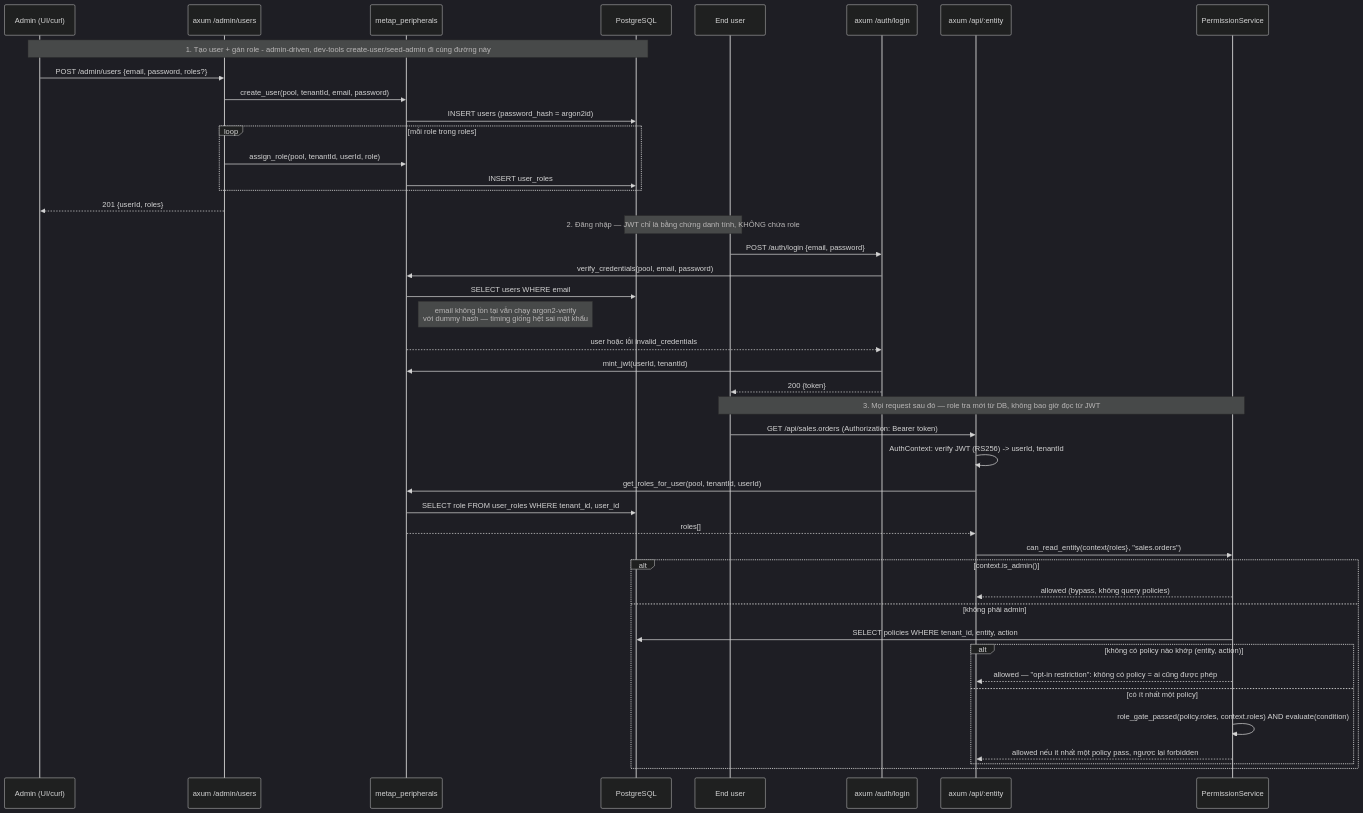
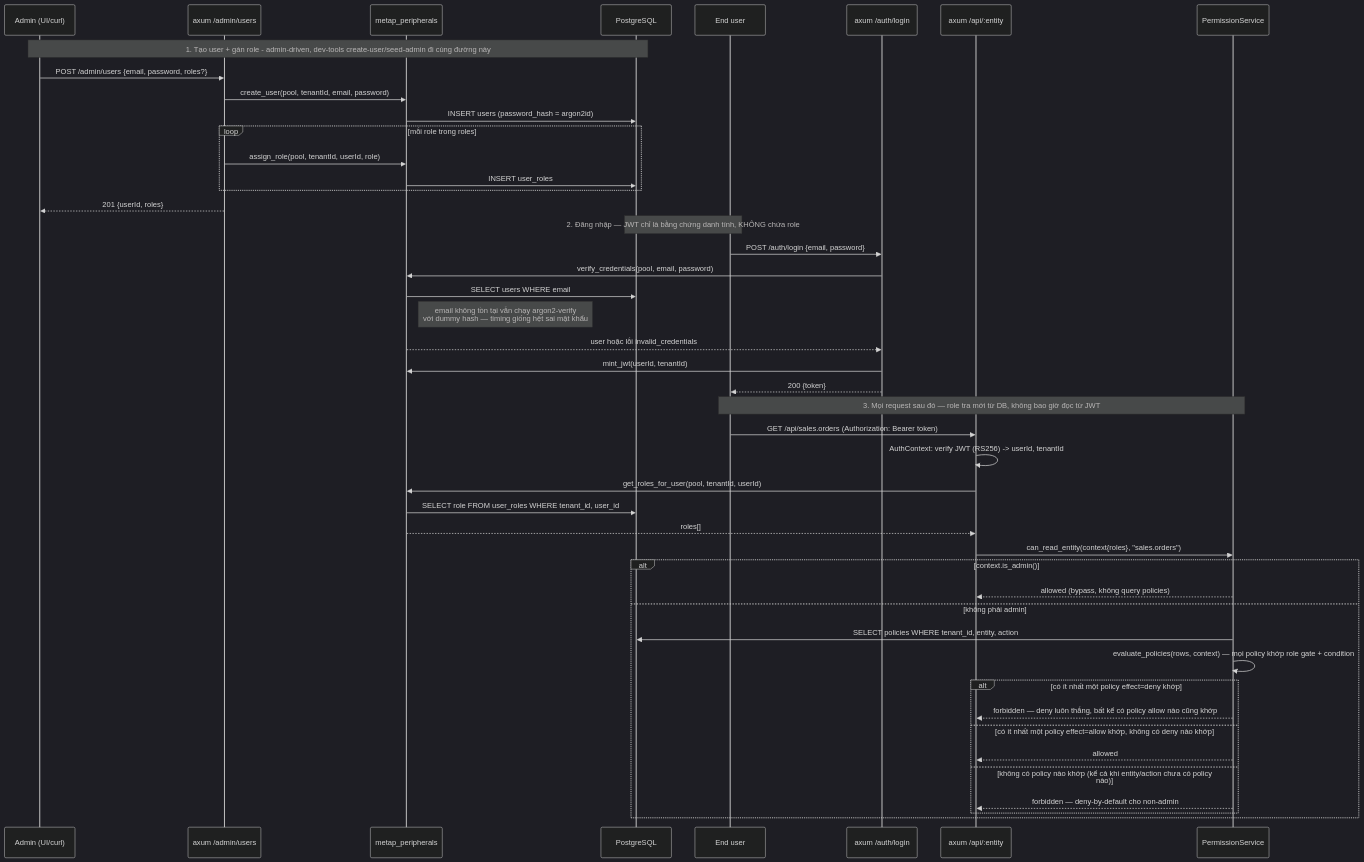
The second of 2 diagrams in docs/architectures/06-runtime.md (metap-org/metap), drawn with Mermaid (dark theme) before and after one commit. The commit also changed other lines of this file and 23 other files, not shown here.

````diff
--- a/docs/architectures/06-runtime.md
+++ b/docs/architectures/06-runtime.md
@@ -47,49 +47,51 @@
 ```mermaid
 sequenceDiagram
   participant Admin as Admin (UI/curl)
   participant AdminRoute as axum /admin/users
   participant Peripherals as metap_peripherals
   participant DB as PostgreSQL
   participant EndUser as End user
   participant AuthRoute as axum /auth/login
   participant ApiRoute as axum /api/:entity
   participant Perm as PermissionService
 
   Note over Admin,DB: 1. Tạo user + gán role - admin-driven, dev-tools create-user/seed-admin đi cùng đường này
   Admin->>AdminRoute: POST /admin/users {email, password, roles?}
   AdminRoute->>Peripherals: create_user(pool, tenantId, email, password)
   Peripherals->>DB: INSERT users (password_hash = argon2id)
   loop mỗi role trong roles
     AdminRoute->>Peripherals: assign_role(pool, tenantId, userId, role)
     Peripherals->>DB: INSERT user_roles
   end
   AdminRoute-->>Admin: 201 {userId, roles}
 
   Note over EndUser,DB: 2. Đăng nhập — JWT chỉ là bằng chứng danh tính, KHÔNG chứa role
   EndUser->>AuthRoute: POST /auth/login {email, password}
   AuthRoute->>Peripherals: verify_credentials(pool, email, password)
   Peripherals->>DB: SELECT users WHERE email
   Note right of Peripherals: email không tồn tại vẫn chạy argon2-verify<br/>với dummy hash — timing giống hệt sai mật khẩu
   Peripherals-->>AuthRoute: user hoặc lỗi invalid_credentials
   AuthRoute->>Peripherals: mint_jwt(userId, tenantId)
   AuthRoute-->>EndUser: 200 {token}
 
   Note over EndUser,Perm: 3. Mọi request sau đó — role tra mới từ DB, không bao giờ đọc từ JWT
   EndUser->>ApiRoute: GET /api/sales.orders (Authorization: Bearer token)
   ApiRoute->>ApiRoute: AuthContext: verify JWT (RS256) -> userId, tenantId
   ApiRoute->>Peripherals: get_roles_for_user(pool, tenantId, userId)
   Peripherals->>DB: SELECT role FROM user_roles WHERE tenant_id, user_id
   Peripherals-->>ApiRoute: roles[]
   ApiRoute->>Perm: can_read_entity(context{roles}, "sales.orders")
   alt context.is_admin()
     Perm-->>ApiRoute: allowed (bypass, không query policies)
   else không phải admin
     Perm->>DB: SELECT policies WHERE tenant_id, entity, action
-    alt không có policy nào khớp (entity, action)
-      Perm-->>ApiRoute: allowed — "opt-in restriction": không có policy = ai cũng được phép
-    else có ít nhất một policy
-      Perm->>Perm: role_gate_passed(policy.roles, context.roles) AND evaluate(condition)
-      Perm-->>ApiRoute: allowed nếu ít nhất một policy pass, ngược lại forbidden
+    Perm->>Perm: evaluate_policies(rows, context) — mọi policy khớp role gate + condition
+    alt có ít nhất một policy effect=deny khớp
+      Perm-->>ApiRoute: forbidden — deny luôn thắng, bất kể có policy allow nào cũng khớp
+    else có ít nhất một policy effect=allow khớp, không có deny nào khớp
+      Perm-->>ApiRoute: allowed
+    else không có policy nào khớp (kể cả khi entity/action chưa có policy nào)
+      Perm-->>ApiRoute: forbidden — deny-by-default cho non-admin
     end
   end
 ```
````
